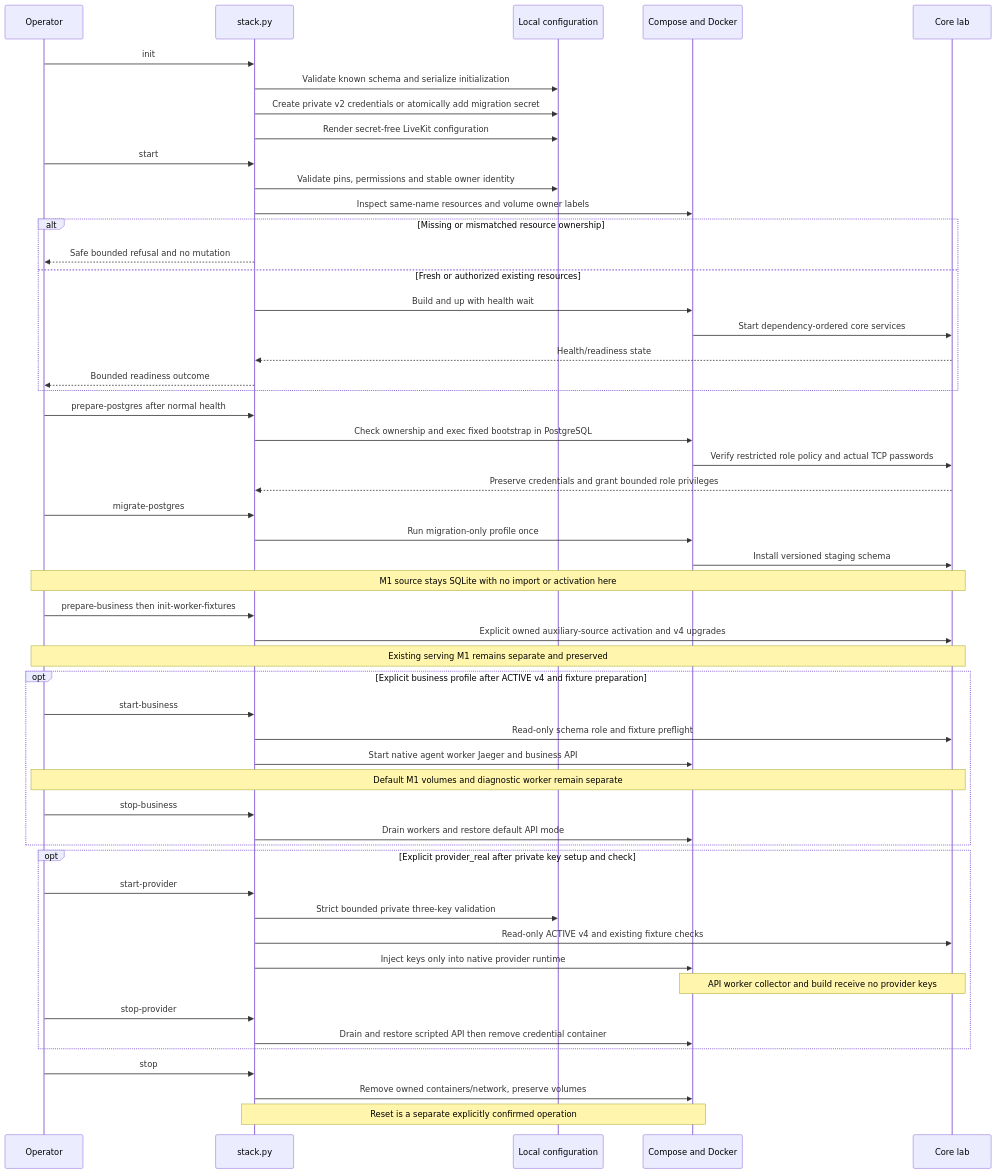
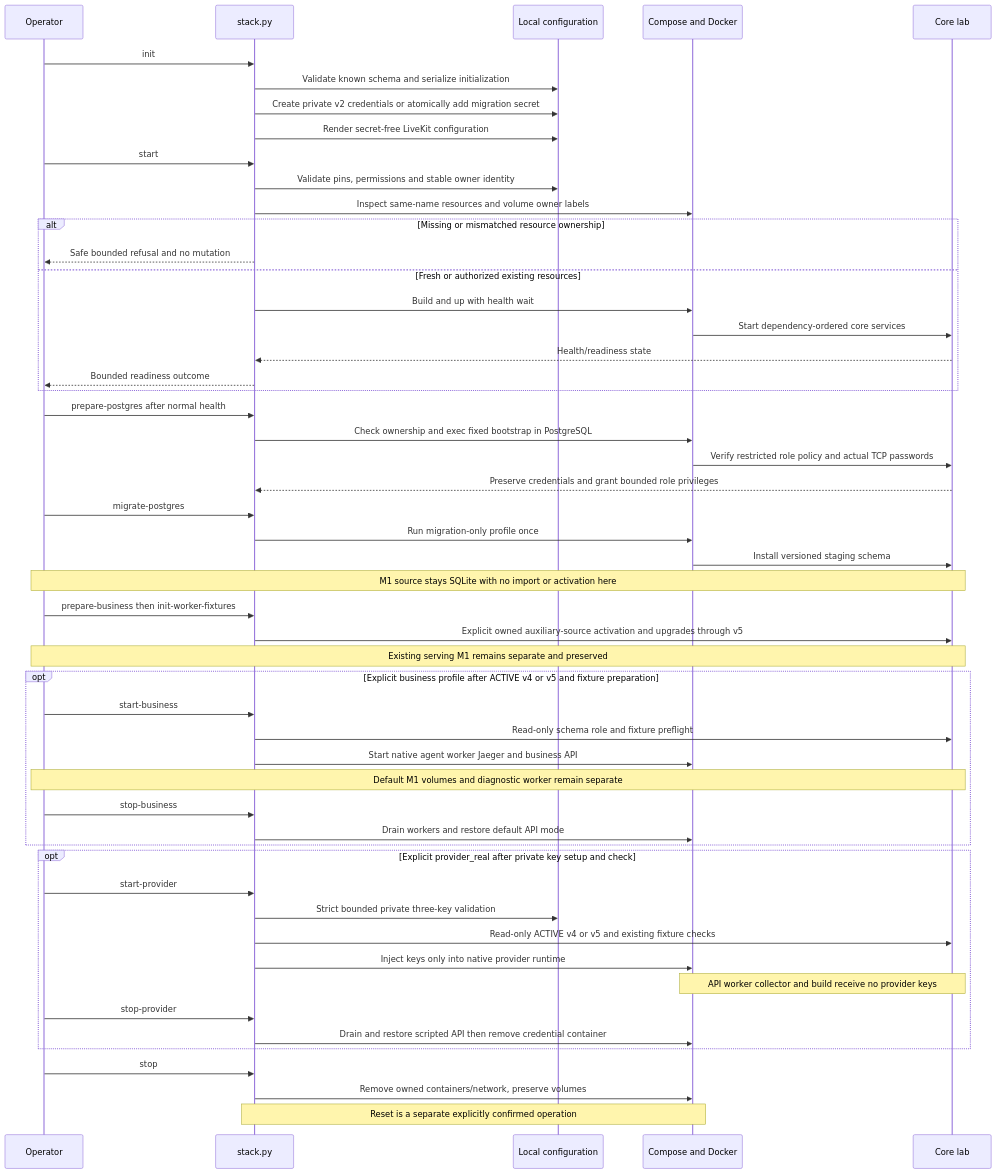
Before and after one commit to rostwal95/livekit-poc: the second of 3 diagrams in local-setup/Design.md, drawn with Mermaid. The commit also changed other lines of this file and 1142 other files, not shown here.

````diff
--- a/local-setup/Design.md
+++ b/local-setup/Design.md
@@ -221,54 +227,54 @@
 ```mermaid
 sequenceDiagram
     participant Operator
     participant Manager as stack.py
     participant Files as Local configuration
     participant Docker as Compose and Docker
     participant Services as Core lab
     Operator->>Manager: init
     Manager->>Files: Validate known schema and serialize initialization
     Manager->>Files: Create private v2 credentials or atomically add migration secret
     Manager->>Files: Render secret-free LiveKit configuration
     Operator->>Manager: start
     Manager->>Files: Validate pins, permissions and stable owner identity
     Manager->>Docker: Inspect same-name resources and volume owner labels
     alt Missing or mismatched resource ownership
         Manager-->>Operator: Safe bounded refusal and no mutation
     else Fresh or authorized existing resources
         Manager->>Docker: Build and up with health wait
         Docker->>Services: Start dependency-ordered core services
         Services-->>Manager: Health/readiness state
         Manager-->>Operator: Bounded readiness outcome
     end
     Operator->>Manager: prepare-postgres after normal health
     Manager->>Docker: Check ownership and exec fixed bootstrap in PostgreSQL
     Docker->>Services: Verify restricted role policy and actual TCP passwords
     Services-->>Manager: Preserve credentials and grant bounded role privileges
     Operator->>Manager: migrate-postgres
     Manager->>Docker: Run migration-only profile once
     Docker->>Services: Install versioned staging schema
     Note over Operator,Services: M1 source stays SQLite with no import or activation here
     Operator->>Manager: prepare-business then init-worker-fixtures
-    Manager->>Services: Explicit owned auxiliary-source activation and v4 upgrades
+    Manager->>Services: Explicit owned auxiliary-source activation and upgrades through v5
     Note over Operator,Services: Existing serving M1 remains separate and preserved
-    opt Explicit business profile after ACTIVE v4 and fixture preparation
+    opt Explicit business profile after ACTIVE v4 or v5 and fixture preparation
         Operator->>Manager: start-business
         Manager->>Services: Read-only schema role and fixture preflight
         Manager->>Docker: Start native agent worker Jaeger and business API
         Note over Operator,Services: Default M1 volumes and diagnostic worker remain separate
         Operator->>Manager: stop-business
         Manager->>Docker: Drain workers and restore default API mode
     end
     opt Explicit provider_real after private key setup and check
         Operator->>Manager: start-provider
         Manager->>Files: Strict bounded private three-key validation
-        Manager->>Services: Read-only ACTIVE v4 and existing fixture checks
+        Manager->>Services: Read-only ACTIVE v4 or v5 and existing fixture checks
         Manager->>Docker: Inject keys only into native provider runtime
         Note over Docker,Services: API worker collector and build receive no provider keys
         Operator->>Manager: stop-provider
         Manager->>Docker: Drain and restore scripted API then remove credential container
     end
     Operator->>Manager: stop
     Manager->>Docker: Remove owned containers/network, preserve volumes
     Note over Manager,Docker: Reset is a separate explicitly confirmed operation
 ```
````
